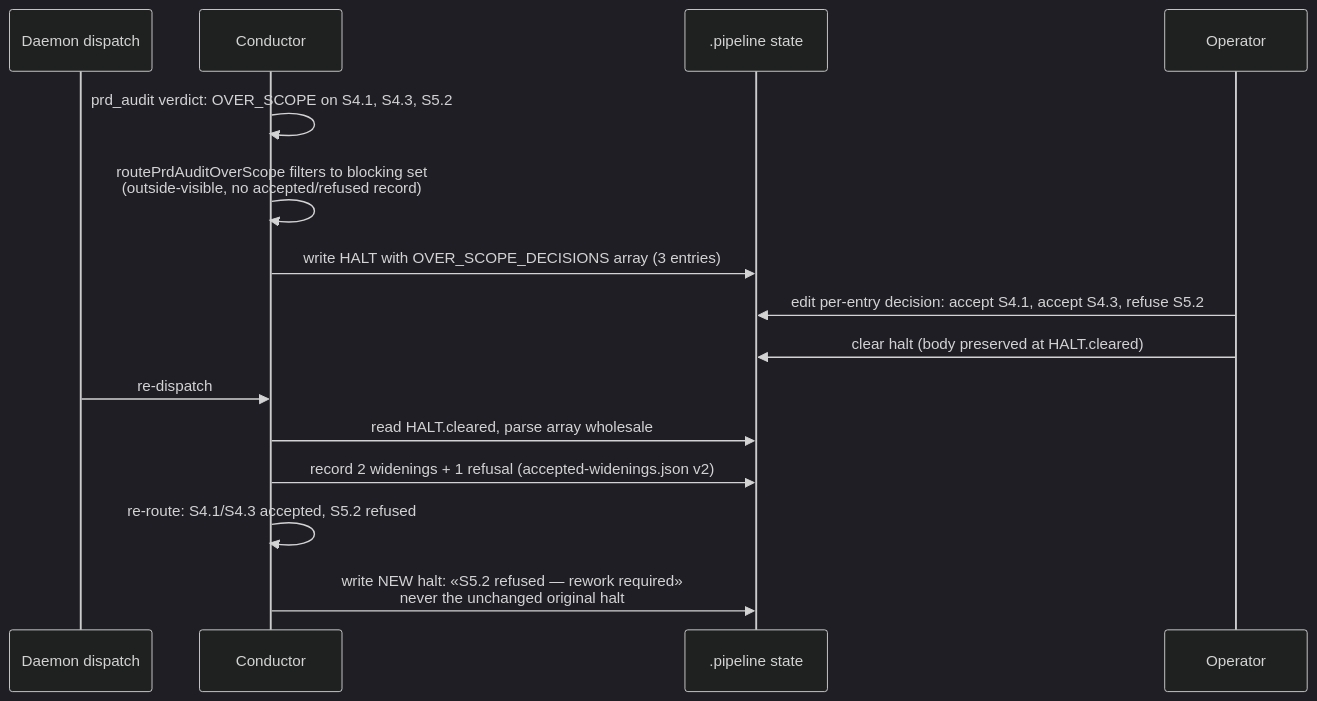
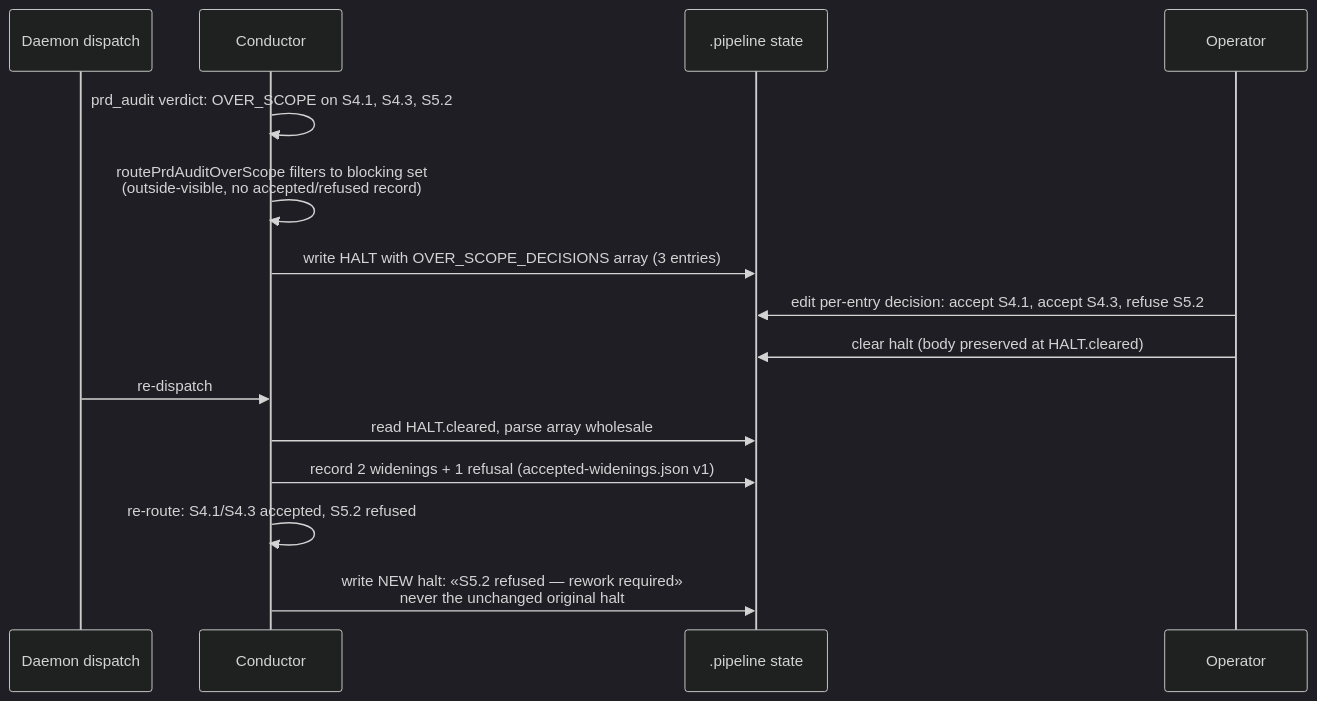
The second of 2 diagrams in .docs/architecture/over-scope-halt-accepts-one-criterion-per-clear-so.md (jstoup111/ai-conductor), drawn with Mermaid (dark theme) before and after one commit. The commit also changed other lines of this file and 3 other files, not shown here.

````diff
--- a/.docs/architecture/over-scope-halt-accepts-one-criterion-per-clear-so.md
+++ b/.docs/architecture/over-scope-halt-accepts-one-criterion-per-clear-so.md
@@ -34,18 +34,18 @@
 ```mermaid
 sequenceDiagram
   participant D as Daemon dispatch
   participant C as Conductor
   participant P as .pipeline state
   participant O as Operator
 
   C->>C: prd_audit verdict: OVER_SCOPE on S4.1, S4.3, S5.2
   C->>C: routePrdAuditOverScope filters to blocking set<br/>(outside-visible, no accepted/refused record)
   C->>P: write HALT with OVER_SCOPE_DECISIONS array (3 entries)
   O->>P: edit per-entry decision: accept S4.1, accept S4.3, refuse S5.2
   O->>P: clear halt (body preserved at HALT.cleared)
   D->>C: re-dispatch
   C->>P: read HALT.cleared, parse array wholesale
-  C->>P: record 2 widenings + 1 refusal (accepted-widenings.json v2)
+  C->>P: record 2 widenings + 1 refusal (accepted-widenings.json v1)
   C->>C: re-route: S4.1/S4.3 accepted, S5.2 refused
   C->>P: write NEW halt: «S5.2 refused — rework required»<br/>never the unchanged original halt
 ```
````
